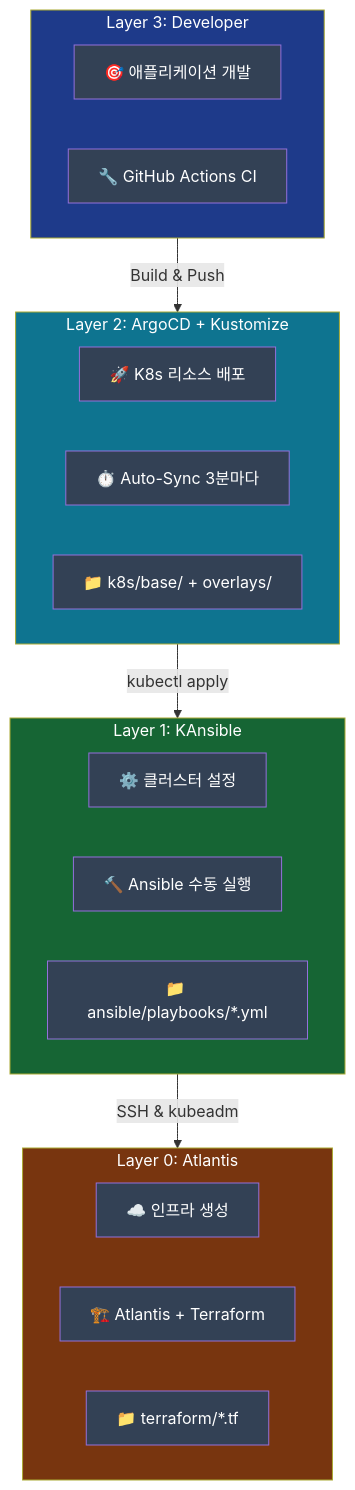
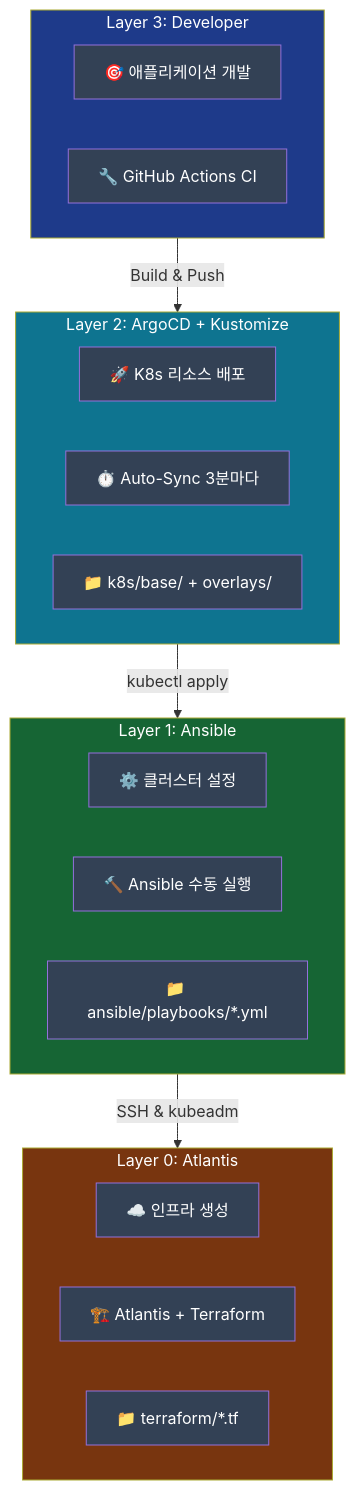
Before and after one commit to eco2-team/backend: the third of 4 diagrams in README.md, drawn with Mermaid. The commit also changed other lines of this file, not shown here.

````diff
--- a/README.md
+++ b/README.md
@@ -233,47 +233,47 @@
 ```mermaid
 graph TB
     subgraph Layer3["Layer 3: Developer"]
         L3A["🎯 애플리케이션 개발"]
         L3B["🔧 GitHub Actions CI"]
     end
     
     Layer3 -->|Build & Push| Layer2
     
     subgraph Layer2["Layer 2: ArgoCD + Kustomize"]
         L2A["🚀 K8s 리소스 배포"]
         L2B["⏱️ Auto-Sync 3분마다"]
         L2C["📁 k8s/base/ + overlays/"]
     end
     
     Layer2 -->|kubectl apply| Layer1
     
-    subgraph Layer1["Layer 1: KAnsible"]
+    subgraph Layer1["Layer 1: Ansible"]
         L1A["⚙️ 클러스터 설정"]
         L1B["🔨 Ansible 수동 실행"]
         L1C["📁 ansible/playbooks/*.yml"]
     end
     
     Layer1 -->|SSH & kubeadm| Layer0
     
     subgraph Layer0["Layer 0: Atlantis"]
         L0A["☁️ 인프라 생성"]
         L0B["🏗️ Atlantis + Terraform"]
         L0C["📁 terraform/*.tf"]
     end
     
     style Layer3 fill:#1e3a8a,color:#fff
     style Layer2 fill:#0e7490,color:#fff
     style Layer1 fill:#166534,color:#fff
     style Layer0 fill:#78350f,color:#fff
     style L3A fill:#334155,color:#fff
     style L3B fill:#334155,color:#fff
     style L2A fill:#334155,color:#fff
     style L2B fill:#334155,color:#fff
     style L2C fill:#334155,color:#fff
     style L1A fill:#334155,color:#fff
     style L1B fill:#334155,color:#fff
     style L1C fill:#334155,color:#fff
     style L0A fill:#334155,color:#fff
     style L0B fill:#334155,color:#fff
     style L0C fill:#334155,color:#fff
 ```
````
